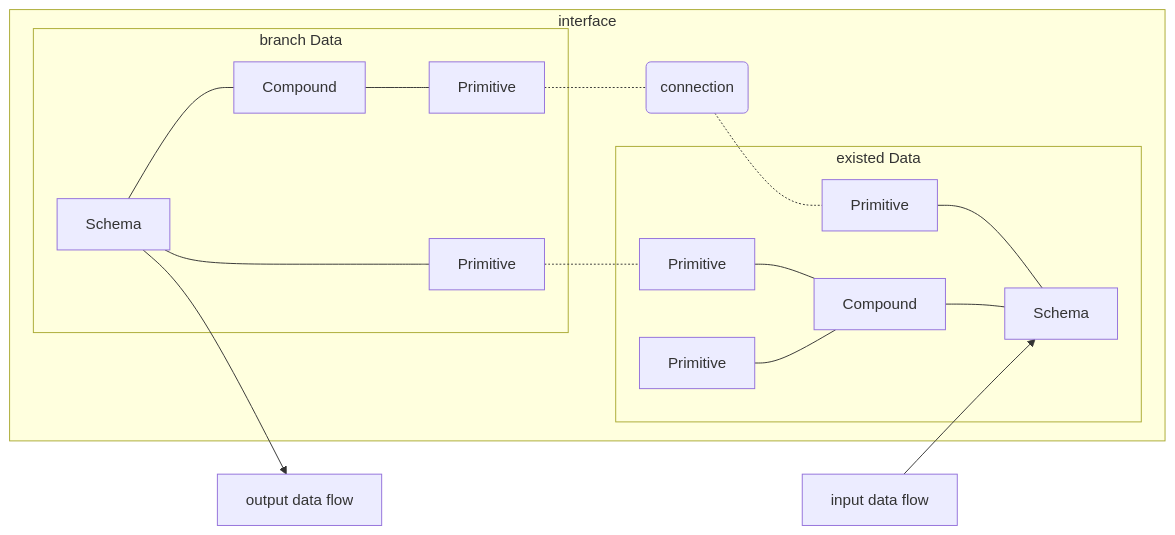
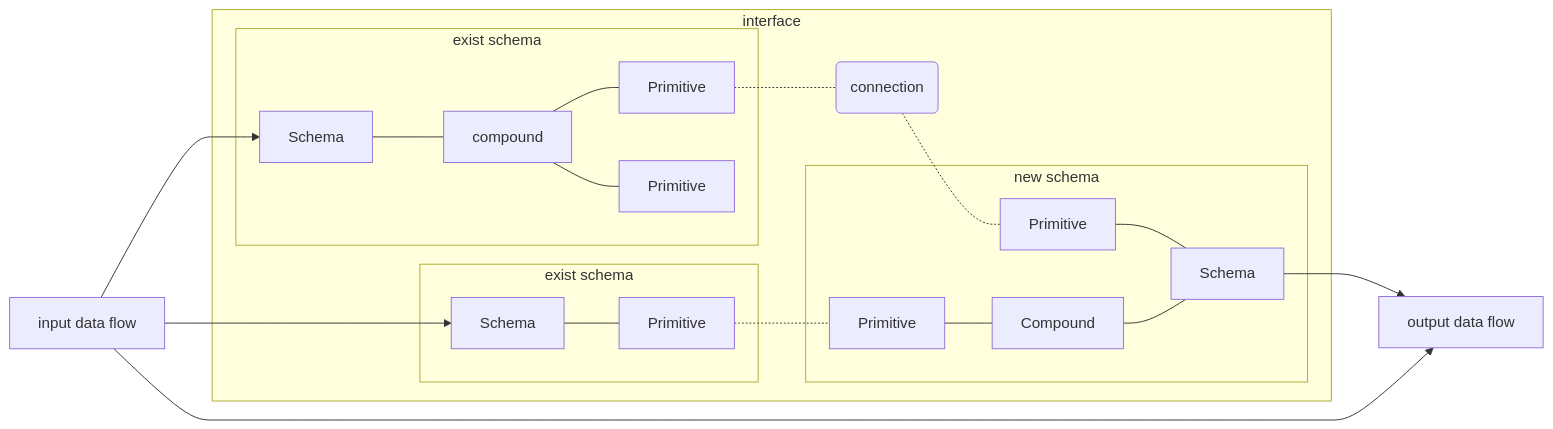
One commit to windwhiterain/Elf changed the sixth of 11 diagrams in readme.md. Above: the diagram before and after it, drawn with Mermaid. The commit also changed other lines of this file, not shown here.

````diff
--- a/readme.md
+++ b/readme.md
@@ -103,19 +129,22 @@
 ```mermaid
 graph LR
-    io1[output data flow] 
-    io2[input data flow]
+    io1[input data flow] 
+    io2[output data flow]
     subgraph interface
-         subgraph g1[branch Data]
-            s1[Schema]---p1[Primitive] & c1[Compound]
-            c1---p2[Primitive] 
+         subgraph g0[exist schema]
+            s0[Schema]---p1[Primitive] 
          end
-         subgraph g2[existed Data]
+         subgraph g1[exist schema]
+            s1[Schema]--- c1[compound]---p2[Primitive] & p6[Primitive]
+         end
+         subgraph g2[new schema]
             p4[Primitive] & c2[Compound]---s2[Schema]
-            p5[Primitive] & p6[Primitive]---c2
+            p5[Primitive] ---c2
          end
          p2-.-l(connection)-.-p4
          p1-.-p5
     end
-    s1-->io1
-    io2-->s2
+    io1-->s1 & s0
+    s2-->io2
+    io1-->io2
 ```
````
